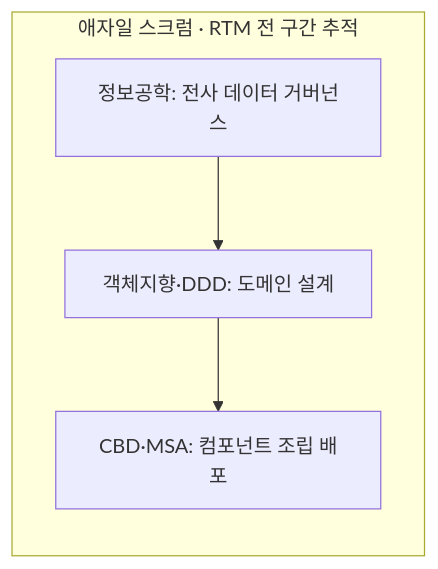
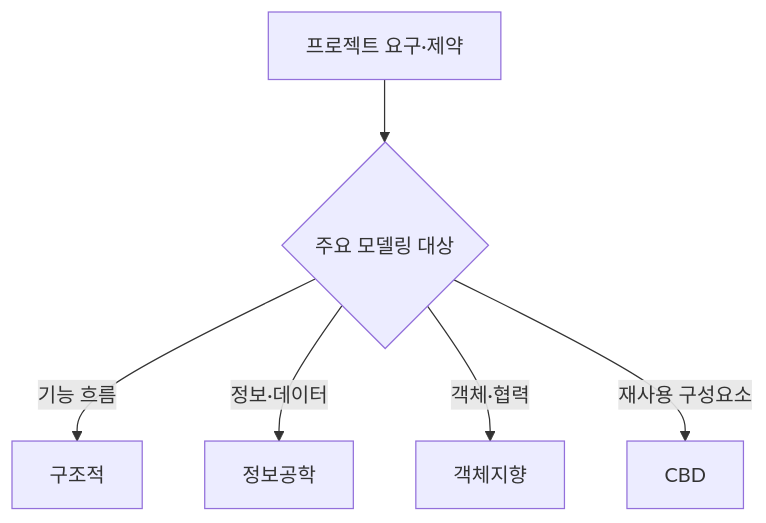
One commit to agnusdei1207/study changed the third of 3 diagrams in src/content/docs/notes/itpe/02-software-engineering/139_sw_development_methodologies.md. Above: the diagram before and after it, drawn with Mermaid. The commit also changed other lines of this file and 31 other files, not shown here.

````diff
--- a/src/content/docs/notes/itpe/02-software-engineering/139_sw_development_methodologies.md
+++ b/src/content/docs/notes/itpe/02-software-engineering/139_sw_development_methodologies.md
@@ -107,8 +125,8 @@
 ```mermaid
 flowchart TB
-    subgraph SCRUM["애자일 스크럼 · RTM 전 구간 추적"]
-        direction TB
-        IE["정보공학: 전사 데이터 거버넌스"] --> OO["객체지향·DDD: 도메인 설계"]
-        OO --> CB["CBD·MSA: 컴포넌트 조립 배포"]
-    end
+    R["프로젝트 요구·제약"] --> Q{"주요 모델링 대상"}
+    Q -->|"기능 흐름"| S["구조적"]
+    Q -->|"정보·데이터"| I["정보공학"]
+    Q -->|"객체·협력"| O["객체지향"]
+    Q -->|"재사용 구성요소"| C["CBD"]
 ```
````
